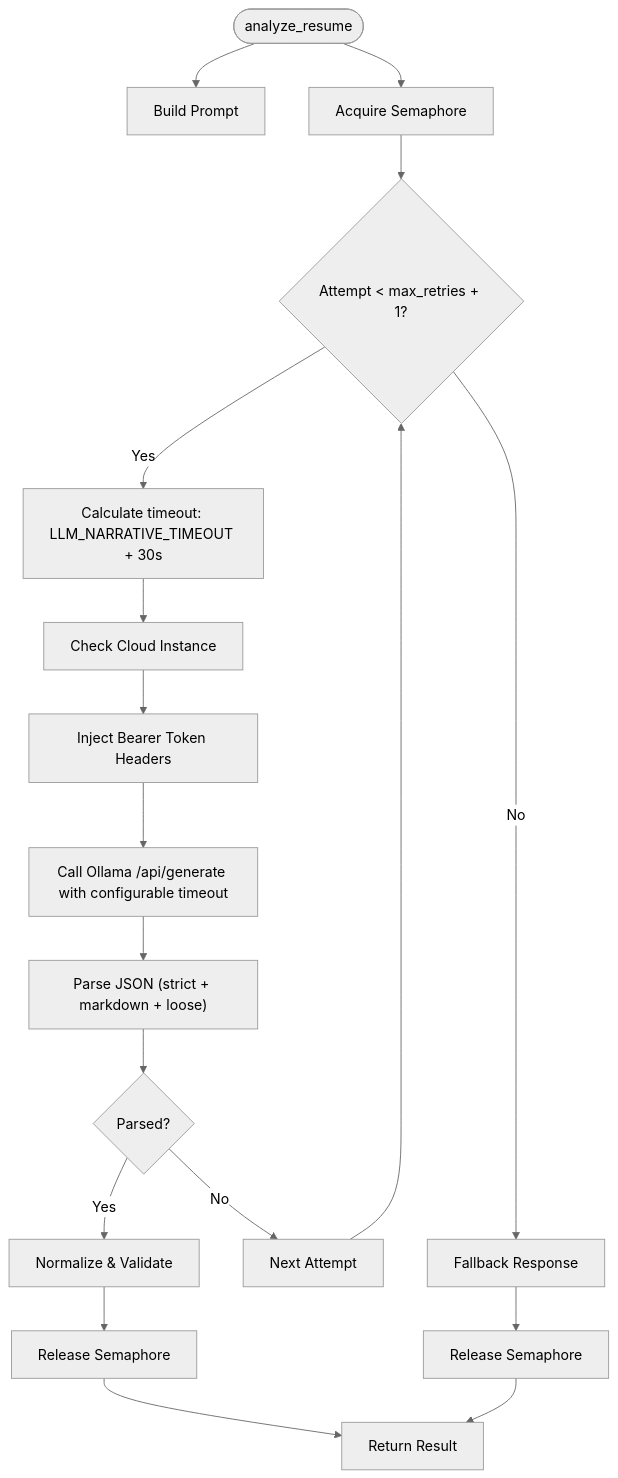
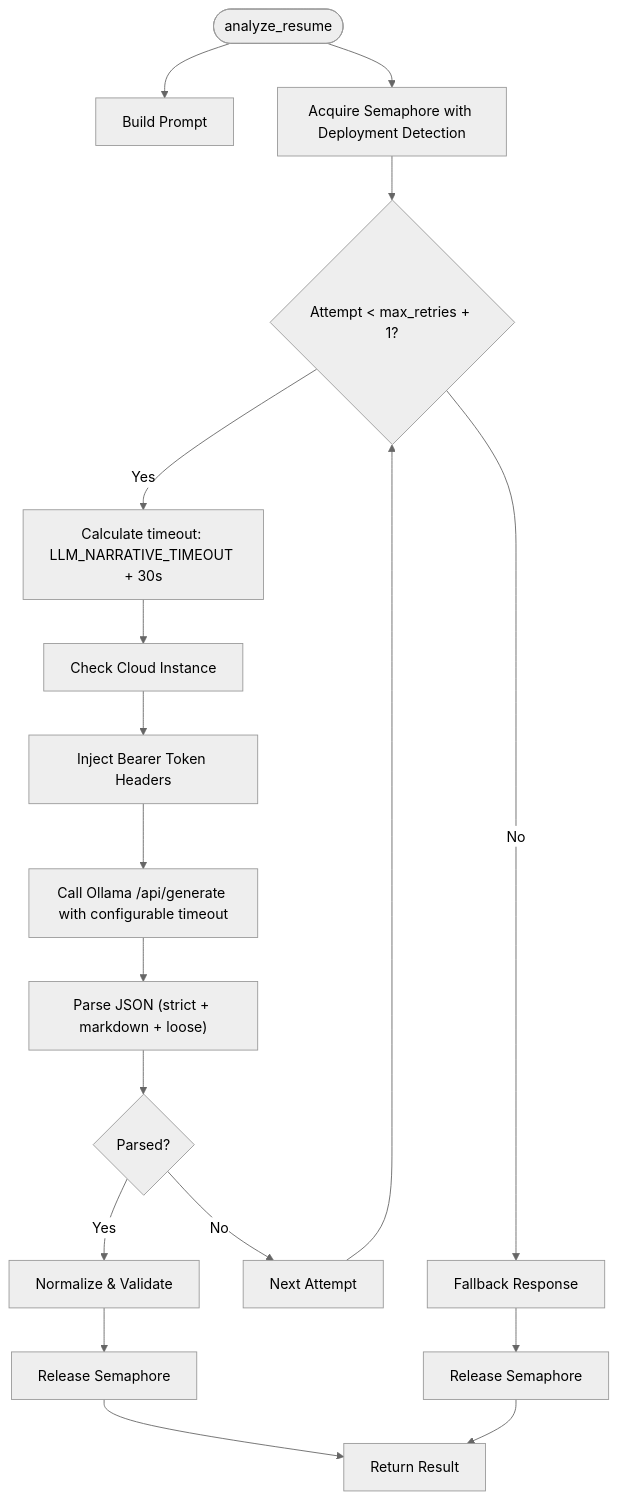
One commit to Revanththetalogics/aireume changed the ninth of 18 diagrams in .qoder/repowiki/en/content/Analysis Engine/LLM Service Integration.md. Above: the diagram before and after it, drawn with Mermaid (neutral theme). The commit also changed other lines of this file and 6 other files, not shown here.

````diff
--- a/.qoder/repowiki/en/content/Analysis Engine/LLM Service Integration.md
+++ b/.qoder/repowiki/en/content/Analysis Engine/LLM Service Integration.md
@@ -512,20 +574,20 @@
 ```mermaid
 flowchart TD
 Start(["analyze_resume"]) --> Build["Build Prompt"]
-Start --> Semaphore["Acquire Semaphore"]
+Start --> Semaphore["Acquire Semaphore with Deployment Detection"]
 Semaphore --> RetryLoop{"Attempt < max_retries + 1?"}
 RetryLoop --> |Yes| GetTimeout["Calculate timeout: LLM_NARRATIVE_TIMEOUT + 30s"]
 GetTimeout --> CloudCheck["Check Cloud Instance"]
 CloudCheck --> InjectHeaders["Inject Bearer Token Headers"]
 InjectHeaders --> Call["Call Ollama /api/generate with configurable timeout"]
 Call --> Parse["Parse JSON (strict + markdown + loose)"]
 Parse --> Valid{"Parsed?"}
 Valid --> |Yes| Normalize["Normalize & Validate"]
 Normalize --> Release["Release Semaphore"]
 Release --> Return["Return Result"]
 Valid --> |No| NextAttempt["Next Attempt"]
 NextAttempt --> RetryLoop
 RetryLoop --> |No| Fallback["Fallback Response"]
 Fallback --> Release2["Release Semaphore"]
 Release2 --> Return
 ```
````
